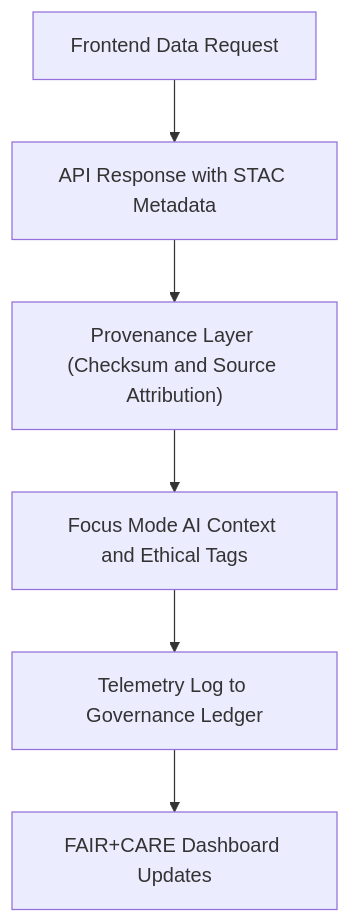
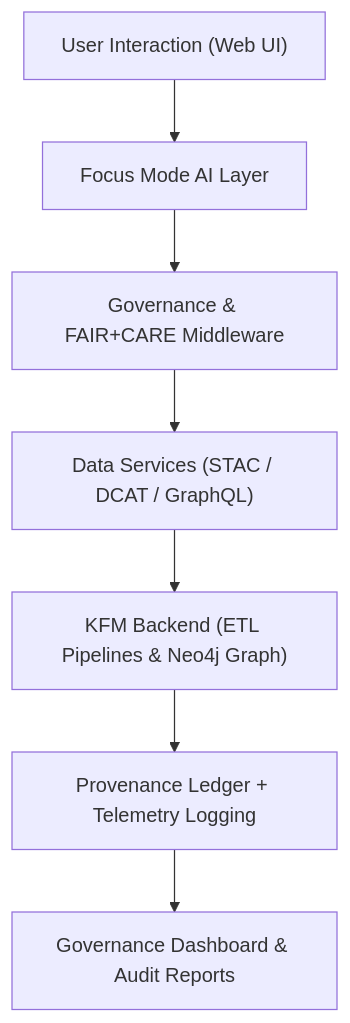
One commit to bartytime4life/Kansas-Frontier-Matrix changed the diagram in web/ARCHITECTURE.md. Above: the diagram before and after it, drawn with Mermaid. The commit also changed other lines of this file, not shown here.

First line of the commit message:
Revise architecture document for version 9.6.0

````diff
--- a/web/ARCHITECTURE.md
+++ b/web/ARCHITECTURE.md
@@ -144,8 +91,9 @@
 ```mermaid
 flowchart TD
-    A["Frontend Data Request"] --> B["API Response with STAC Metadata"]
-    B --> C["Provenance Layer (Checksum and Source Attribution)"]
-    C --> D["Focus Mode AI Context and Ethical Tags"]
-    D --> E["Telemetry Log to Governance Ledger"]
-    E --> F["FAIR+CARE Dashboard Updates"]
+    A["User Interaction (Web UI)"] --> B["Focus Mode AI Layer"]
+    B --> C["Governance & FAIR+CARE Middleware"]
+    C --> D["Data Services (STAC / DCAT / GraphQL)"]
+    D --> E["KFM Backend (ETL Pipelines & Neo4j Graph)"]
+    E --> F["Provenance Ledger + Telemetry Logging"]
+    F --> G["Governance Dashboard & Audit Reports"]
 ```
````
